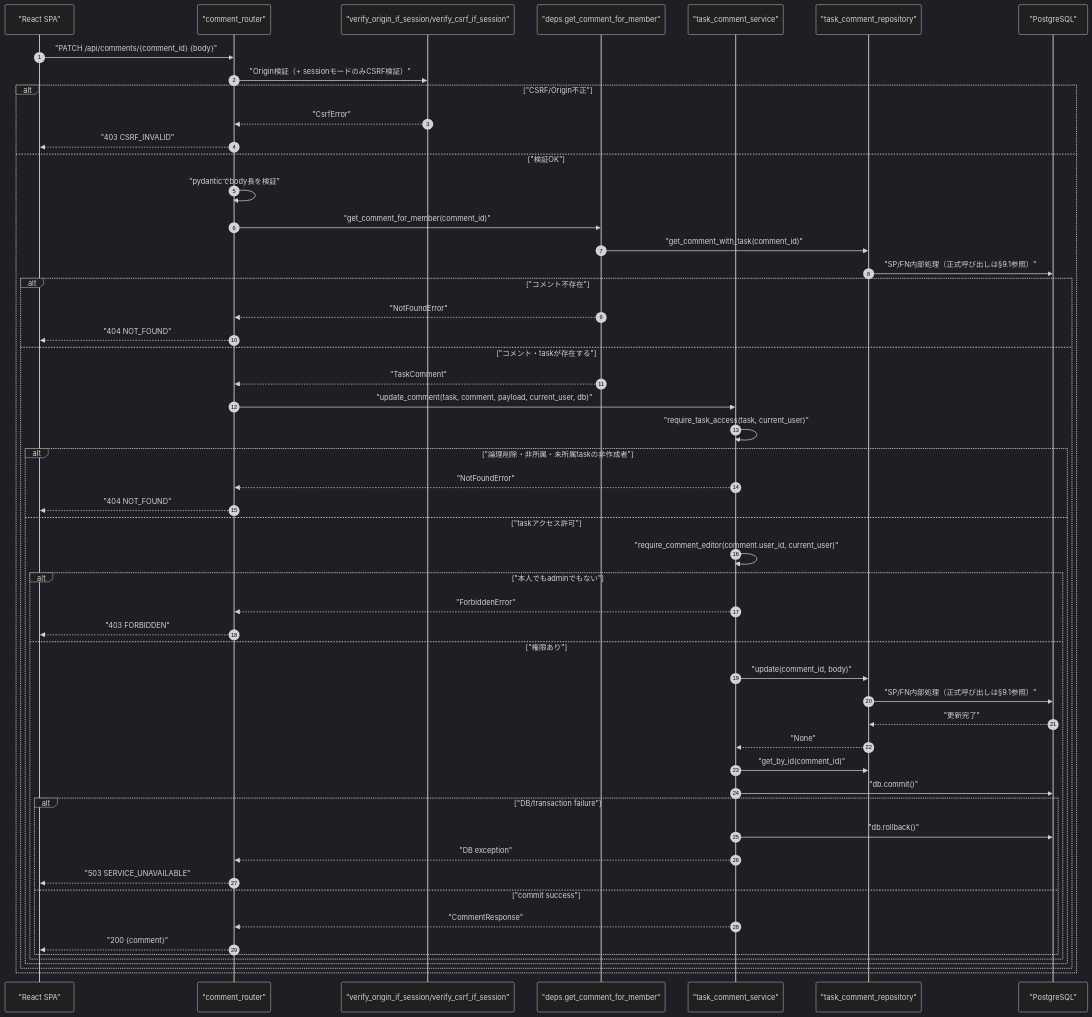
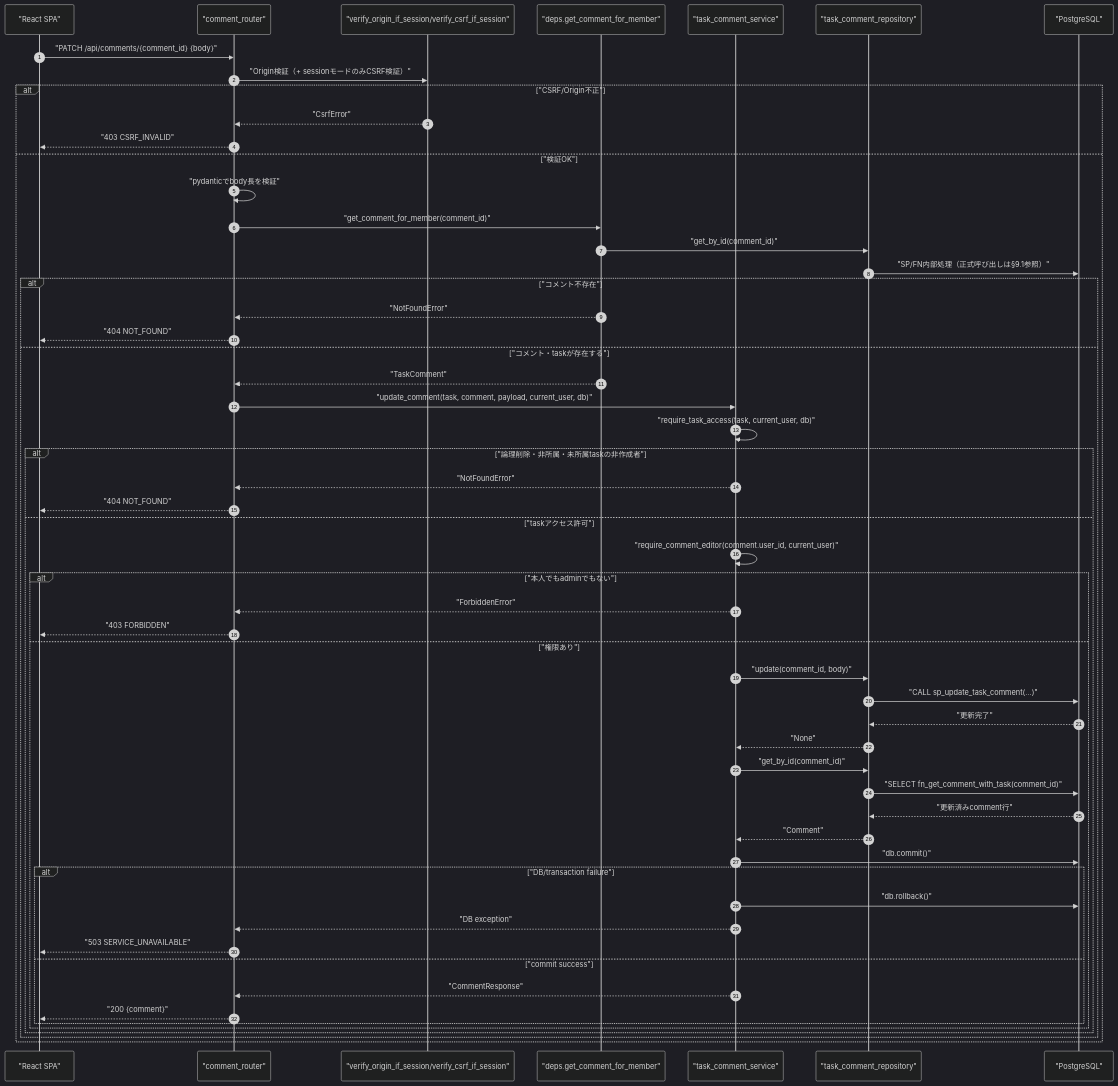
One commit to oikawa-d/task_management changed the first of 4 diagrams in docs/detailed_design/api/tasks/08_patch_comment.md. Above: the diagram before and after it, drawn with Mermaid (dark theme). The commit also changed other lines of this file and 2 other files, not shown here.

Commit message:
docs: コメントCRUDのトランザクション設計を実装に同期

````diff
--- a/docs/detailed_design/api/tasks/08_patch_comment.md
+++ b/docs/detailed_design/api/tasks/08_patch_comment.md
@@ -97,56 +97,59 @@
 ```mermaid
 sequenceDiagram
     autonumber
     participant FE as "React SPA"
     participant R as "comment_router"
     participant V as "verify_origin_if_session/verify_csrf_if_session"
     participant D as "deps.get_comment_for_member"
     participant S as "task_comment_service"
     participant TR as "task_comment_repository"
     participant PG as "PostgreSQL"
 
     FE->>R: "PATCH /api/comments/{comment_id} {body}"
     R->>V: "Origin検証（+ sessionモードのみCSRF検証）"
     alt "CSRF/Origin不正"
         V-->>R: "CsrfError"
         R-->>FE: "403 CSRF_INVALID"
     else "検証OK"
         R->>R: "pydanticでbody長を検証"
         R->>D: "get_comment_for_member(comment_id)"
-        D->>TR: "get_comment_with_task(comment_id)"
+        D->>TR: "get_by_id(comment_id)"
         TR->>PG: "SP/FN内部処理（正式呼び出しは§9.1参照）"
         alt "コメント不存在"
             D-->>R: "NotFoundError"
             R-->>FE: "404 NOT_FOUND"
         else "コメント・taskが存在する"
             D-->>R: "TaskComment"
             R->>S: "update_comment(task, comment, payload, current_user, db)"
-            S->>S: "require_task_access(task, current_user)"
+            S->>S: "require_task_access(task, current_user, db)"
             alt "論理削除・非所属・未所属taskの非作成者"
                 S-->>R: "NotFoundError"
                 R-->>FE: "404 NOT_FOUND"
             else "taskアクセス許可"
                 S->>S: "require_comment_editor(comment.user_id, current_user)"
                 alt "本人でもadminでもない"
                     S-->>R: "ForbiddenError"
                     R-->>FE: "403 FORBIDDEN"
                 else "権限あり"
-                S->>TR: "update(comment_id, body)"
-                TR->>PG: "SP/FN内部処理（正式呼び出しは§9.1参照）"
-                PG-->>TR: "更新完了"
-                TR-->>S: "None"
-                S->>TR: "get_by_id(comment_id)"
-                S->>PG: "db.commit()"
-                alt "DB/transaction failure"
-                    S->>PG: "db.rollback()"
-                    S-->>R: "DB exception"
-                    R-->>FE: "503 SERVICE_UNAVAILABLE"
-                else "commit success"
-                    S-->>R: "CommentResponse"
-                    R-->>FE: "200 {comment}"
-                end
+                    S->>TR: "update(comment_id, body)"
+                    TR->>PG: "CALL sp_update_task_comment(...)"
+                    PG-->>TR: "更新完了"
+                    TR-->>S: "None"
+                    S->>TR: "get_by_id(comment_id)"
+                    TR->>PG: "SELECT fn_get_comment_with_task(comment_id)"
+                    PG-->>TR: "更新済みcomment行"
+                    TR-->>S: "Comment"
+                    S->>PG: "db.commit()"
+                    alt "DB/transaction failure"
+                        S->>PG: "db.rollback()"
+                        S-->>R: "DB exception"
+                        R-->>FE: "503 SERVICE_UNAVAILABLE"
+                    else "commit success"
+                        S-->>R: "CommentResponse"
+                        R-->>FE: "200 {comment}"
+                    end
                 end
             end
         end
     end
 ```
````
